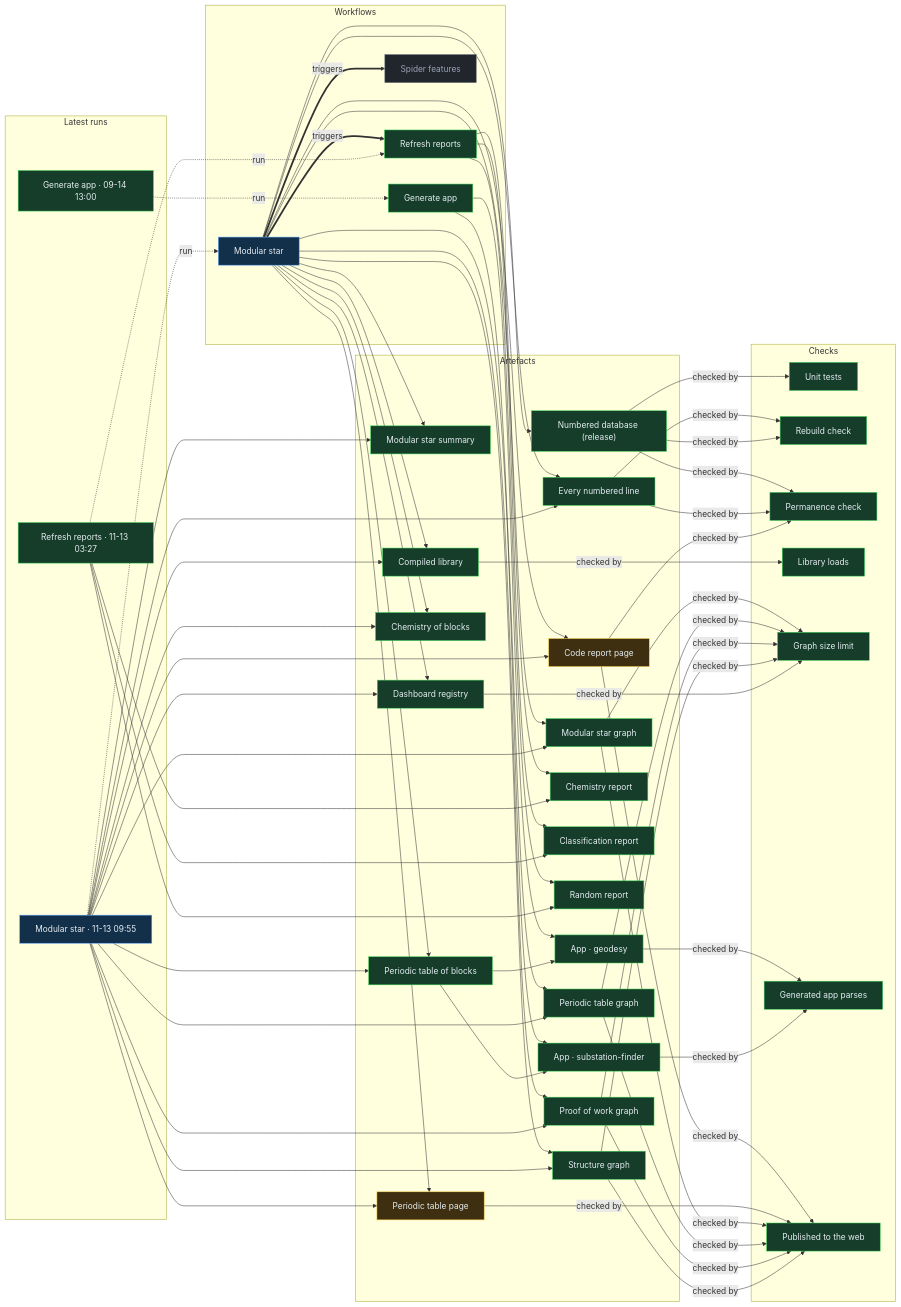
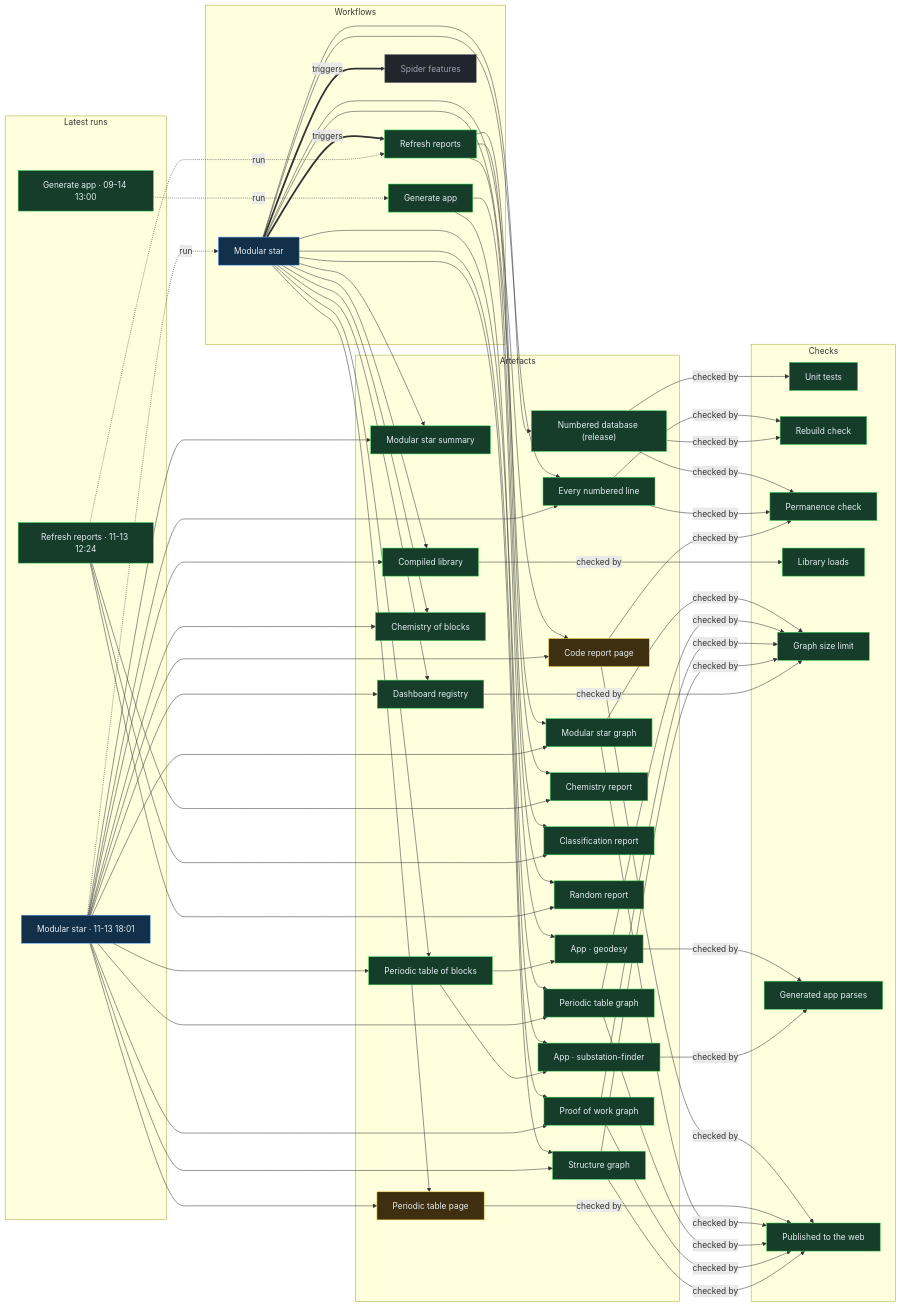
One commit to Ventusltd/stars changed the diagram in proof/PROOF.md. Above: the diagram before and after it, drawn with Mermaid. The commit also changed other lines of this file and 137 other files, not shown here.

Commit message:
Modular star 2026-11-13T18:03Z

```diff
--- a/proof/PROOF.md
+++ b/proof/PROOF.md
@@ -24,8 +24,8 @@
   n_wf_spider_features["Spider features"]:::off
   end
   subgraph g_runs["Latest runs"]
-  n_run_43405194967["Modular star · 11-13 09:55"]:::live
-  n_run_43359083917["Refresh reports · 11-13 03:27"]:::ok
+  n_run_43478456043["Modular star · 11-13 18:01"]:::live
+  n_run_43424843446["Refresh reports · 11-13 12:24"]:::ok
   n_run_34846587798["Generate app · 09-14 13:00"]:::ok
   end
   subgraph g_artefacts["Artefacts"]
@@ -59,39 +59,39 @@
   end
   n_wf_modular_star == triggers ==> n_wf_refresh
   n_wf_modular_star == triggers ==> n_wf_spider_features
-  n_run_43405194967 -. run .-> n_wf_modular_star
-  n_run_43359083917 -. run .-> n_wf_refresh
+  n_run_43478456043 -. run .-> n_wf_modular_star
+  n_run_43424843446 -. run .-> n_wf_refresh
   n_run_34846587798 -. run .-> n_wf_generate
   n_wf_modular_star --> n_art_summary
-  n_run_43405194967 --> n_art_summary
+  n_run_43478456043 --> n_art_summary
   n_wf_modular_star --> n_art_lines
-  n_run_43405194967 --> n_art_lines
+  n_run_43478456043 --> n_art_lines
   n_wf_modular_star --> n_art_code
-  n_run_43405194967 --> n_art_code
+  n_run_43478456043 --> n_art_code
   n_wf_modular_star --> n_art_modular_graph
-  n_run_43405194967 --> n_art_modular_graph
+  n_run_43478456043 --> n_art_modular_graph
   n_wf_modular_star --> n_art_blocks
-  n_run_43405194967 --> n_art_blocks
+  n_run_43478456043 --> n_art_blocks
   n_wf_modular_star --> n_art_table
-  n_run_43405194967 --> n_art_table
+  n_run_43478456043 --> n_art_table
   n_wf_modular_star --> n_art_blocks_graph
-  n_run_43405194967 --> n_art_blocks_graph
+  n_run_43478456043 --> n_art_blocks_graph
   n_wf_modular_star --> n_art_reactions
-  n_run_43405194967 --> n_art_reactions
+  n_run_43478456043 --> n_art_reactions
   n_wf_modular_star --> n_art_library
-  n_run_43405194967 --> n_art_library
+  n_run_43478456043 --> n_art_library
   n_wf_modular_star --> n_art_features
-  n_run_43405194967 --> n_art_features
+  n_run_43478456043 --> n_art_features
   n_wf_modular_star --> n_art_proof
-  n_run_43405194967 --> n_art_proof
+  n_run_43478456043 --> n_art_proof
   n_wf_modular_star --> n_art_structure
-  n_run_43405194967 --> n_art_structure
+  n_run_43478456043 --> n_art_structure
   n_wf_refresh --> n_art_chemistry
-  n_run_43359083917 --> n_art_chemistry
+  n_run_43424843446 --> n_art_chemistry
   n_wf_refresh --> n_art_vedic
-  n_run_43359083917 --> n_art_vedic
+  n_run_43424843446 --> n_art_vedic
   n_wf_refresh --> n_art_random
-  n_run_43359083917 --> n_art_random
+  n_run_43424843446 --> n_art_random
   n_wf_modular_star --> n_art_release
   n_wf_generate --> n_app_geodesy
   n_art_blocks --> n_app_geodesy
```
